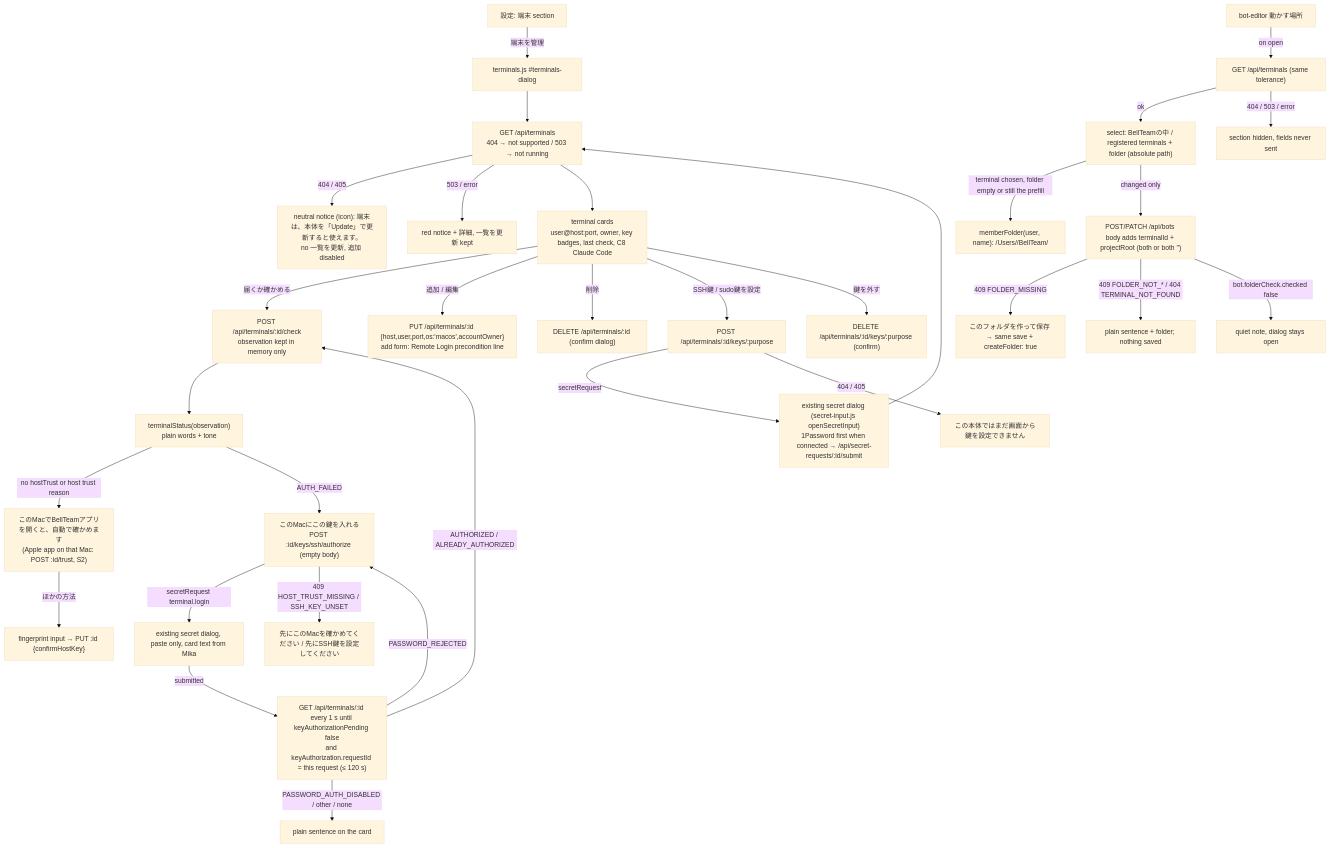
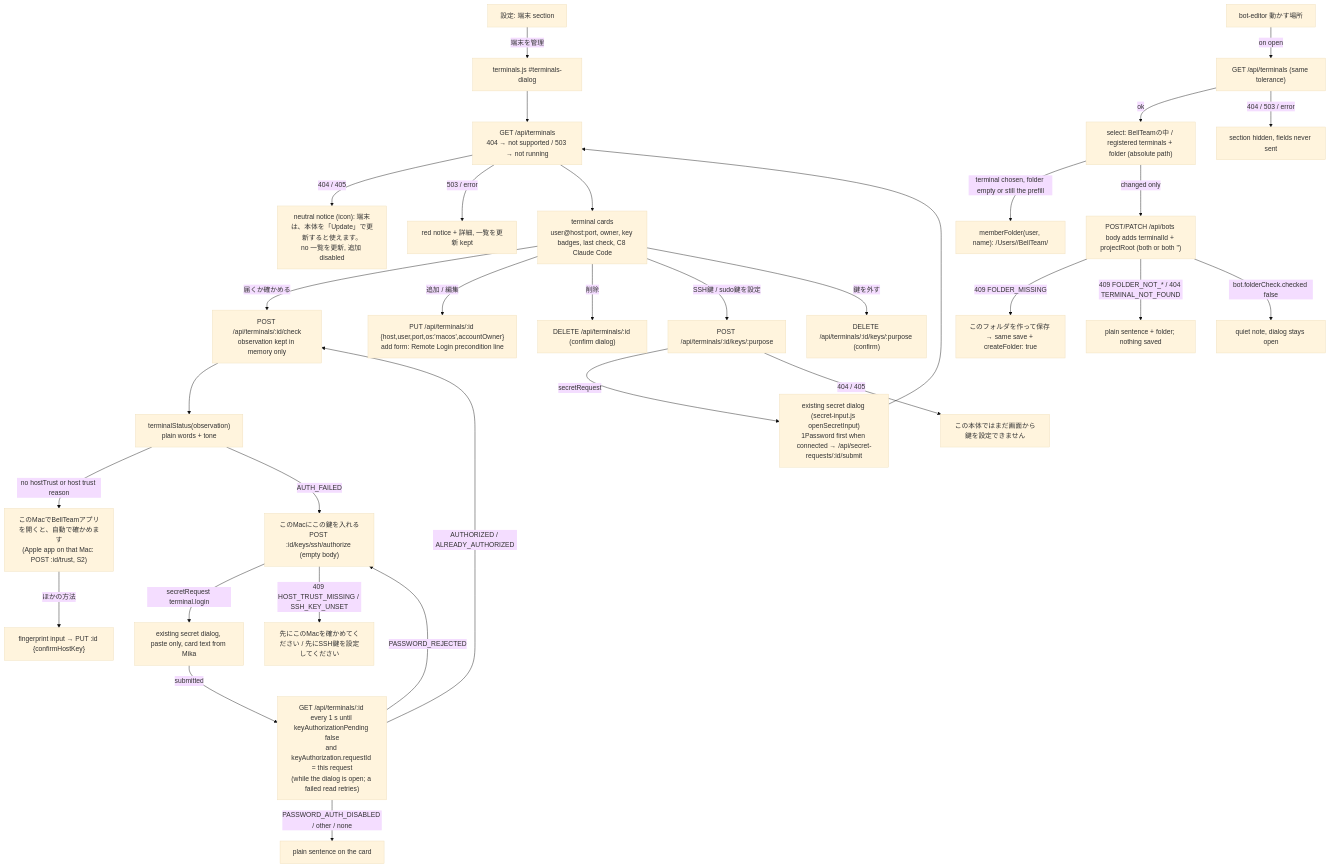
Before and after one commit to kitepon/BellTeam: the third of 3 diagrams in docs/architecture/modules/web/README.md, drawn with Mermaid (base theme). The commit also changed other lines of this file and 2 other files, not shown here.

First line of the commit message:
Web terminals: observe the key authorization while the dialog is open; name AUTHORIZATION_UNCONFIRMED

````diff
--- a/docs/architecture/modules/web/README.md
+++ b/docs/architecture/modules/web/README.md
@@ -101,34 +101,34 @@
 ```mermaid
 flowchart TD
   Settings[設定: 端末 section] -->|端末を管理| Dialog["terminals.js #terminals-dialog"]
   Dialog --> List["GET /api/terminals<br/>404 → not supported / 503 → not running"]
   List -->|404 / 405| Waiting["neutral notice (icon): 端末は、本体を「Update」で更新すると使えます。<br/>no 一覧を更新, 追加 disabled"]
   List -->|503 / error| Failed["red notice + 詳細, 一覧を更新 kept"]
   List --> Cards["terminal cards<br/>user@host:port, owner, key badges, last check, C8 Claude Code"]
   Cards -->|届くか確かめる| Check["POST /api/terminals/:id/check<br/>observation kept in memory only"]
   Check --> Badge["terminalStatus(observation)<br/>plain words + tone"]
   Badge -->|no hostTrust or host trust reason| Auto["このMacでBellTeamアプリを開くと、自動で確かめます<br/>(Apple app on that Mac: POST :id/trust, S2)"]
   Auto -->|ほかの方法| Confirm["fingerprint input → PUT :id {confirmHostKey}"]
   Badge -->|AUTH_FAILED| Authorize["このMacにこの鍵を入れる<br/>POST :id/keys/ssh/authorize (empty body)"]
   Authorize -->|secretRequest terminal.login| Login["existing secret dialog, paste only, card text from Mika"]
   Authorize -->|409 HOST_TRUST_MISSING / SSH_KEY_UNSET| Before["先にこのMacを確かめてください / 先にSSH鍵を設定してください"]
-  Login -->|submitted| Wait["GET /api/terminals/:id every 1 s until keyAuthorizationPending false<br/>and keyAuthorization.requestId = this request (≤ 120 s)"]
+  Login -->|submitted| Wait["GET /api/terminals/:id every 1 s until keyAuthorizationPending false<br/>and keyAuthorization.requestId = this request<br/>(while the dialog is open; a failed read retries)"]
   Wait -->|AUTHORIZED / ALREADY_AUTHORIZED| Check
   Wait -->|PASSWORD_REJECTED| Authorize
   Wait -->|PASSWORD_AUTH_DISABLED / other / none| AuthText["plain sentence on the card"]
   Cards -->|追加 / 編集| Form["PUT /api/terminals/:id {host,user,port,os:'macos',accountOwner}<br/>add form: Remote Login precondition line"]
   Cards -->|削除| Remove["DELETE /api/terminals/:id (confirm dialog)"]
   Cards -->|SSH鍵 / sudo鍵を設定| Key["POST /api/terminals/:id/keys/:purpose"]
   Key -->|secretRequest| Secret["existing secret dialog (secret-input.js openSecretInput)<br/>1Password first when connected → /api/secret-requests/:id/submit"]
   Key -->|404 / 405| NoRoute["この本体ではまだ画面から鍵を設定できません"]
   Secret --> List
   Cards -->|鍵を外す| Unbind["DELETE /api/terminals/:id/keys/:purpose (confirm)"]
   Editor["bot-editor 動かす場所"] -->|on open| List2["GET /api/terminals (same tolerance)"]
   List2 -->|ok| Fields["select: BellTeamの中 / registered terminals + folder (absolute path)"]
   List2 -->|404 / 503 / error| Hidden["section hidden, fields never sent"]
   Fields -->|terminal chosen, folder empty or still the prefill| Prefill["memberFolder(user, name): /Users/<user>/BellTeam/<slug>"]
   Fields -->|changed only| Body["POST/PATCH /api/bots body adds terminalId + projectRoot (both or both '')"]
   Body -->|409 FOLDER_MISSING| Create["このフォルダを作って保存 → same save + createFolder: true"]
   Body -->|409 FOLDER_NOT_* / 404 TERMINAL_NOT_FOUND| FolderText["plain sentence + folder; nothing saved"]
   Body -->|bot.folderCheck.checked false| Unchecked["quiet note, dialog stays open"]
 ```
````
